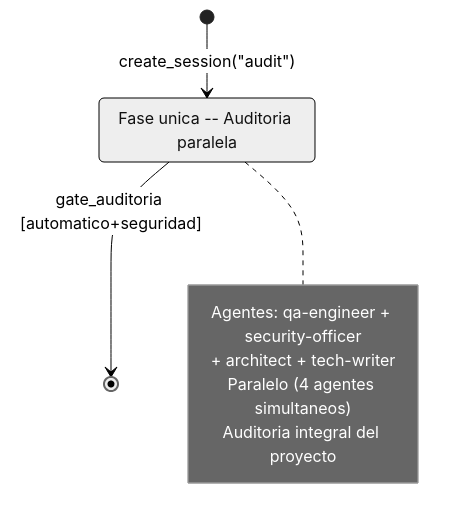
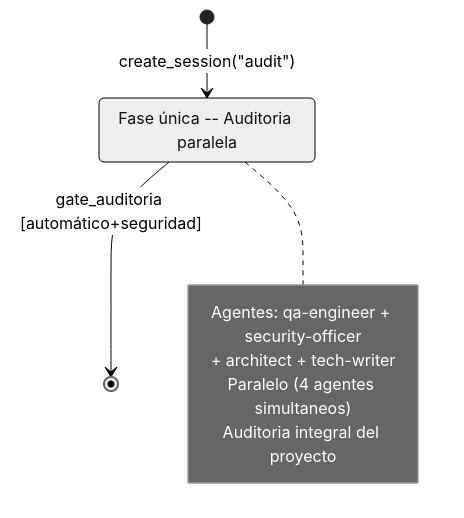
One commit to 686f6c61/alfred-dev changed the sixth of 6 diagrams in docs/flows.md. Above: the diagram before and after it, drawn with Mermaid (neutral theme). The commit also changed other lines of this file and 93 other files, not shown here.

````diff
--- a/docs/flows.md
+++ b/docs/flows.md
@@ -526,17 +526,17 @@
 ```mermaid
 stateDiagram-v2
     direction TB
 
     [*] --> auditoria_paralela: create_session("audit")
 
-    state "Fase unica -- Auditoria paralela" as auditoria_paralela
+    state "Fase única -- Auditoria paralela" as auditoria_paralela
 
-    auditoria_paralela --> [*]: gate_auditoria [automatico+seguridad]
+    auditoria_paralela --> [*]: gate_auditoria [automático+seguridad]
 
     note right of auditoria_paralela
         Agentes: qa-engineer + security-officer
                  + architect + tech-writer
         Paralelo (4 agentes simultaneos)
         Auditoria integral del proyecto
     end note
 ```
````
